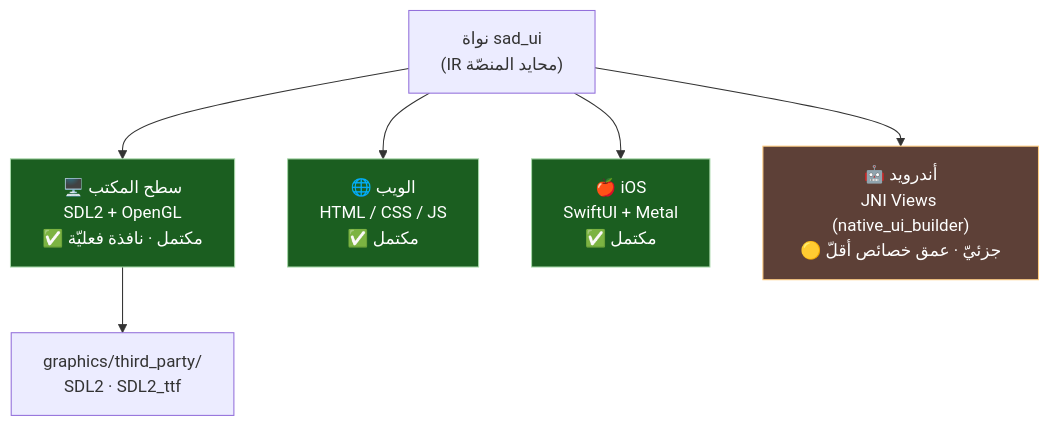
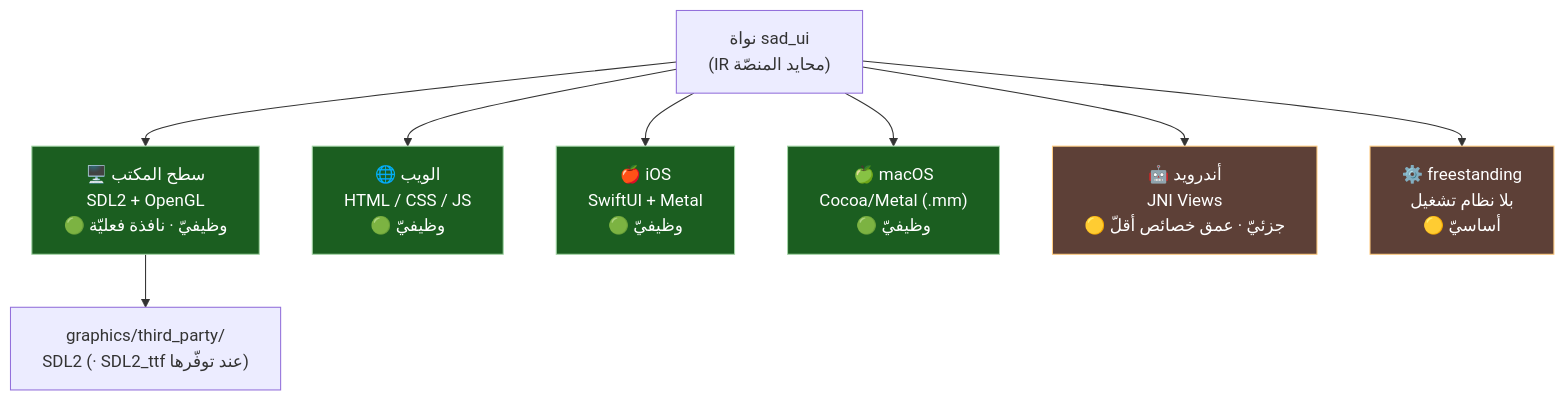
One commit to sadlang/sadlang-planning changed the second of 5 diagrams in projects/graphics-sadui/reports/تقرير-مسار-الكود-والالتزام.md. Above: the diagram before and after it, drawn with Mermaid. The commit also changed other lines of this file, not shown here.

First line of the commit message:
graphics-sadui: مراجعة Amelia لتقرير مسار الكود — تصحيحات دقّة جوهريّة

````diff
--- a/projects/graphics-sadui/reports/تقرير-مسار-الكود-والالتزام.md
+++ b/projects/graphics-sadui/reports/تقرير-مسار-الكود-والالتزام.md
@@ -71,15 +71,17 @@
 ```mermaid
 flowchart TD
     CORE["نواة sad_ui\n(IR محايد المنصّة)"]
-    CORE --> D["🖥️ سطح المكتب\nSDL2 + OpenGL\n✅ مكتمل · نافذة فعليّة"]
-    CORE --> W["🌐 الويب\nHTML / CSS / JS\n✅ مكتمل"]
-    CORE --> I["🍎 iOS\nSwiftUI + Metal\n✅ مكتمل"]
-    CORE --> A["🤖 أندرويد\nJNI Views (native_ui_builder)\n🟡 جزئيّ · عمق خصائص أقلّ"]
+    CORE --> D["🖥️ سطح المكتب\nSDL2 + OpenGL\n🟢 وظيفيّ · نافذة فعليّة"]
+    CORE --> W["🌐 الويب\nHTML / CSS / JS\n🟢 وظيفيّ"]
+    CORE --> I["🍎 iOS\nSwiftUI + Metal\n🟢 وظيفيّ"]
+    CORE --> M["🍏 macOS\nCocoa/Metal (.mm)\n🟢 وظيفيّ"]
+    CORE --> A["🤖 أندرويد\nJNI Views\n🟡 جزئيّ · عمق خصائص أقلّ"]
+    CORE --> F["⚙️ freestanding\nبلا نظام تشغيل\n🟡 أساسيّ"]
 
-    D --> DEP["graphics/third_party/\nSDL2 · SDL2_ttf"]
+    D --> DEP["graphics/third_party/\nSDL2 (· SDL2_ttf عند توفّرها)"]
 
     classDef done fill:#1b5e20,stroke:#a5d6a7,color:#fff;
     classDef partial fill:#5d4037,stroke:#ffcc80,color:#fff;
-    class D,W,I done;
-    class A partial;
+    class D,W,I,M done;
+    class A,F partial;
 ```
````
